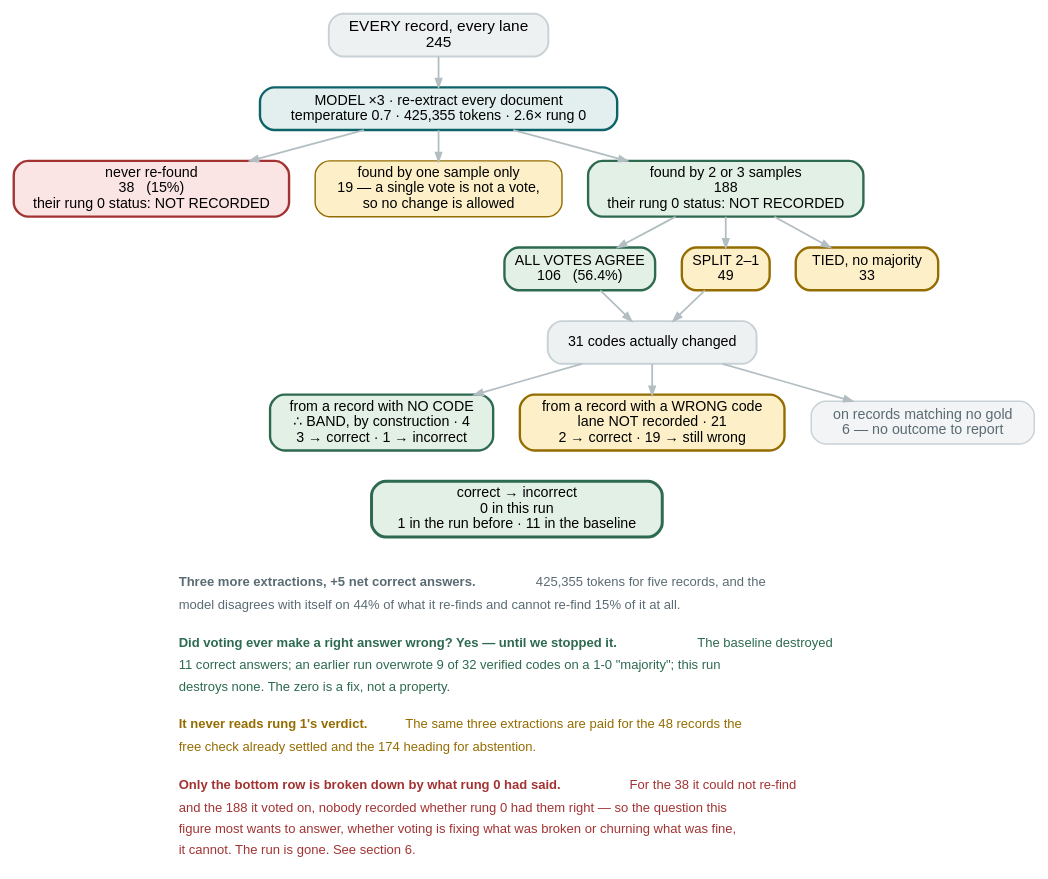
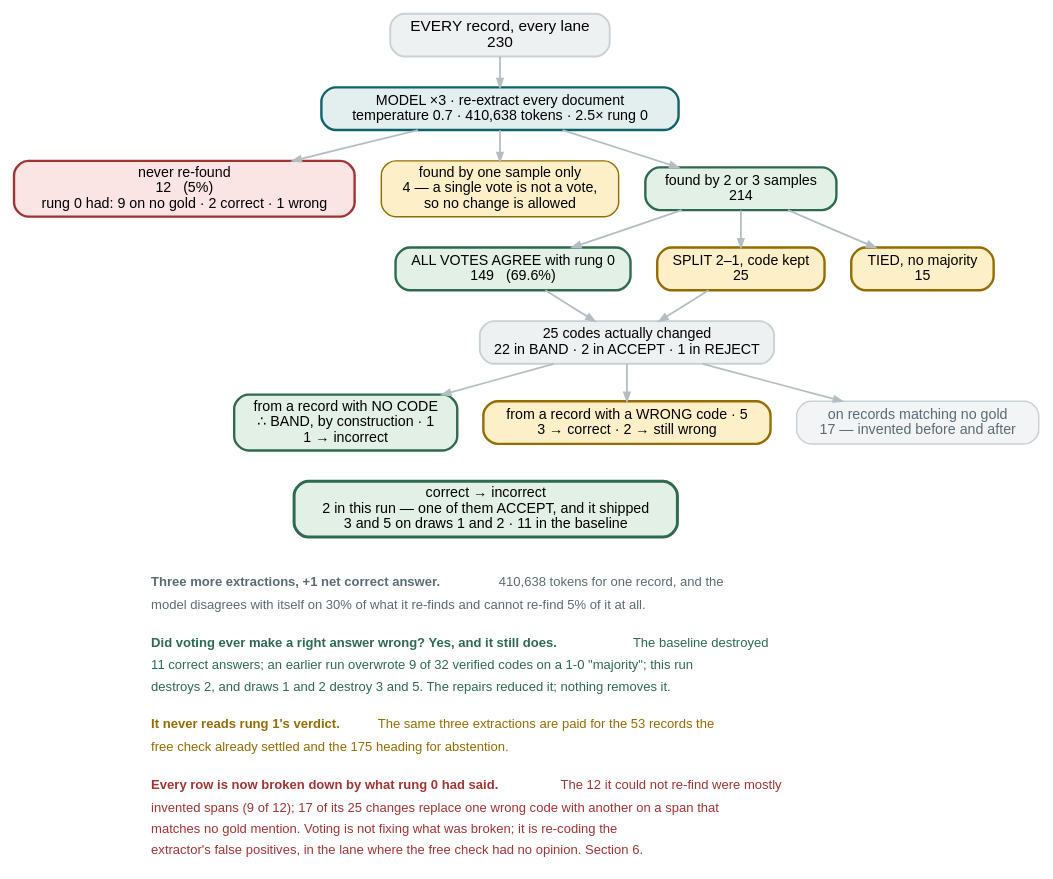
Before and after one commit to wbagais/reliability-ladder: the diagram in docs/figures/fig16-rung3.dot, drawn with Graphviz. The commit also changed 19 other files, not shown here.

Commit message:
Article: every number and every figure re-derived from the base run; remaining historical figures labelled with their source

```diff
--- a/docs/figures/fig16-rung3.dot
+++ b/docs/figures/fig16-rung3.dot
@@ -1,70 +1,67 @@
-// Rung 3 on CADEC dev, run phaseD-r3-2. Every figure here is from
-// docs/decisions.md 2026-08-26; no surviving run carries rung 3 output, so
-// nothing is recomputed and nothing is derived beyond arithmetic that closes:
-//   245 records, 38 never re-found -> 207 re-found -> 188 with >=2 votes,
-//   leaving 19 seen once only. Unanimity 56.4% = (3-0 x96 + 2-0 x10) / 188.
-//   Changes 31; net correct +5 (3+2 gained, 0 correct destroyed).
-//
-// WHAT THIS FIGURE CANNOT SHOW: the same breakdown per rung 1 lane. That
-// cross-tab was never recorded and the run is gone. See section 6.
+// Rung 3 on CADEC dev, rerun-cadec-d0 (2026-09-03), from the per-record state
+// table (ladder/analysis.r3_crosstab, out/rerun/cadec.json):
+//   230 records, 12 never re-found, 4 seen once, 214 with >=2 votes:
+//   149 agree with the record's code, 25 split 2-1 keeping it, 15 tied,
+//   25 changed (22 BAND, 2 ACCEPT, 1 REJECT). Net correct +1: 3 gained, 2 destroyed.
+// Draws 1 and 2: changed 28 / 27, net -1 / -1, destroyed 3 / 5.
 //
 // COLOUR KEY — the article's: green correct · red wrong or lost · grey a stage
 digraph rung3 {
   rankdir=TB; bgcolor="white"; nodesep=0.30; ranksep=0.36;
   node [shape=box style="filled,rounded" fontname="Helvetica" fontsize=12
         color="#c8d1d5" penwidth=1.2];
   edge [color="#b3bec3" penwidth=1.5 arrowsize=0.7 fontname="Helvetica" fontsize=10];
 
-  in [label="EVERY record, every lane\n245" fillcolor="#eef1f2" fontsize=13 penwidth=1.6];
-  s  [label="MODEL ×3 · re-extract every document\ntemperature 0.7 · 425,355 tokens · 2.6× rung 0"
+  in [label="EVERY record, every lane\n230" fillcolor="#eef1f2" fontsize=13 penwidth=1.6];
+  s  [label="MODEL ×3 · re-extract every document\ntemperature 0.7 · 410,638 tokens · 2.5× rung 0"
       fillcolor="#e3eeef" color="#0c6469" penwidth=2];
 
-  nf [label="never re-found\n38   (15%)\ntheir rung 0 status: NOT RECORDED" fillcolor="#fbe4e4" color="#a33333" penwidth=2];
-  one[label="found by one sample only\n19 — a single vote is not a vote,\nso no change is allowed"
+  nf [label="never re-found\n12   (5%)\nrung 0 had: 9 on no gold · 2 correct · 1 wrong" fillcolor="#fbe4e4" color="#a33333" penwidth=2];
+  one[label="found by one sample only\n4 — a single vote is not a vote,\nso no change is allowed"
       fillcolor="#fdf0c8" color="#946c00"];
-  two[label="found by 2 or 3 samples\n188\ntheir rung 0 status: NOT RECORDED" fillcolor="#e3f0e6" color="#2d6a4f" penwidth=2];
+  two[label="found by 2 or 3 samples\n214" fillcolor="#e3f0e6" color="#2d6a4f" penwidth=2];
 
-  un [label="ALL VOTES AGREE\n106   (56.4%)" fillcolor="#e3f0e6" color="#2d6a4f" penwidth=2];
-  sp [label="SPLIT 2–1\n49" fillcolor="#fdf0c8" color="#946c00" penwidth=2];
-  ti [label="TIED, no majority\n33" fillcolor="#fdf0c8" color="#946c00" penwidth=2];
+  un [label="ALL VOTES AGREE with rung 0\n149   (69.6%)" fillcolor="#e3f0e6" color="#2d6a4f" penwidth=2];
+  sp [label="SPLIT 2–1, code kept\n25" fillcolor="#fdf0c8" color="#946c00" penwidth=2];
+  ti [label="TIED, no majority\n15" fillcolor="#fdf0c8" color="#946c00" penwidth=2];
 
-  ch [label="31 codes actually changed" fillcolor="#eef1f2" penwidth=1.6];
+  ch [label="25 codes actually changed\n22 in BAND · 2 in ACCEPT · 1 in REJECT" fillcolor="#eef1f2" penwidth=1.6];
 
-  band [label="from a record with NO CODE\n∴ BAND, by construction · 4\n3 → correct · 1 → incorrect"
+  band [label="from a record with NO CODE\n∴ BAND, by construction · 1\n1 → incorrect"
         fillcolor="#e3f0e6" color="#2d6a4f" penwidth=2];
-  unk  [label="from a record with a WRONG code\nlane NOT recorded · 21\n2 → correct · 19 → still wrong"
+  unk  [label="from a record with a WRONG code · 5\n3 → correct · 2 → still wrong"
         fillcolor="#fdf0c8" color="#946c00" penwidth=2];
-  nog  [label="on records matching no gold\n6 — no outcome to report"
+  nog  [label="on records matching no gold\n17 — invented before and after"
         fillcolor="#f2f4f5" fontcolor="#5a6b73"];
 
-  safe [label="correct → incorrect\n0 in this run\n1 in the run before · 11 in the baseline"
+  safe [label="correct → incorrect\n2 in this run — one of them ACCEPT, and it shipped\n3 and 5 on draws 1 and 2 · 11 in the baseline"
         fillcolor="#e3f0e6" color="#2d6a4f" penwidth=2.5];
 
   in -> s; s -> nf; s -> one; s -> two;
   two -> un; two -> sp; two -> ti;
   un -> ch; sp -> ch;
   ch -> band; ch -> unk; ch -> nog;
   band -> safe [style=invis]; unk -> safe [style=invis];
   { rank=same; nf; one; two }
   { rank=same; un; sp; ti }
   { rank=same; band; unk; nog }
 
   note [shape=plaintext style="" fillcolor="white"
         label=<<TABLE BORDER="0" CELLBORDER="0" CELLSPACING="0" CELLPADDING="3">
-        <TR><TD ALIGN="LEFT"><FONT POINT-SIZE="11" COLOR="#5a6b73"><B>Three more extractions, +5 net correct answers.</B> 425,355 tokens for five records, and the</FONT></TD></TR>
-        <TR><TD ALIGN="LEFT"><FONT POINT-SIZE="11" COLOR="#5a6b73">model disagrees with itself on 44% of what it re-finds and cannot re-find 15% of it at all.</FONT></TD></TR>
+        <TR><TD ALIGN="LEFT"><FONT POINT-SIZE="11" COLOR="#5a6b73"><B>Three more extractions, +1 net correct answer.</B> 410,638 tokens for one record, and the</FONT></TD></TR>
+        <TR><TD ALIGN="LEFT"><FONT POINT-SIZE="11" COLOR="#5a6b73">model disagrees with itself on 30% of what it re-finds and cannot re-find 5% of it at all.</FONT></TD></TR>
         <TR><TD ALIGN="LEFT"><FONT POINT-SIZE="8"> </FONT></TD></TR>
-        <TR><TD ALIGN="LEFT"><FONT POINT-SIZE="11" COLOR="#2d6a4f"><B>Did voting ever make a right answer wrong? Yes — until we stopped it.</B> The baseline destroyed</FONT></TD></TR>
+        <TR><TD ALIGN="LEFT"><FONT POINT-SIZE="11" COLOR="#2d6a4f"><B>Did voting ever make a right answer wrong? Yes, and it still does.</B> The baseline destroyed</FONT></TD></TR>
         <TR><TD ALIGN="LEFT"><FONT POINT-SIZE="11" COLOR="#2d6a4f">11 correct answers; an earlier run overwrote 9 of 32 verified codes on a 1-0 "majority"; this run</FONT></TD></TR>
-        <TR><TD ALIGN="LEFT"><FONT POINT-SIZE="11" COLOR="#2d6a4f">destroys none. The zero is a fix, not a property.</FONT></TD></TR>
+        <TR><TD ALIGN="LEFT"><FONT POINT-SIZE="11" COLOR="#2d6a4f">destroys 2, and draws 1 and 2 destroy 3 and 5. The repairs reduced it; nothing removes it.</FONT></TD></TR>
         <TR><TD ALIGN="LEFT"><FONT POINT-SIZE="8"> </FONT></TD></TR>
-        <TR><TD ALIGN="LEFT"><FONT POINT-SIZE="11" COLOR="#946c00"><B>It never reads rung 1's verdict.</B> The same three extractions are paid for the 48 records the</FONT></TD></TR>
-        <TR><TD ALIGN="LEFT"><FONT POINT-SIZE="11" COLOR="#946c00">free check already settled and the 174 heading for abstention.</FONT></TD></TR>
+        <TR><TD ALIGN="LEFT"><FONT POINT-SIZE="11" COLOR="#946c00"><B>It never reads rung 1's verdict.</B> The same three extractions are paid for the 53 records the</FONT></TD></TR>
+        <TR><TD ALIGN="LEFT"><FONT POINT-SIZE="11" COLOR="#946c00">free check already settled and the 175 heading for abstention.</FONT></TD></TR>
         <TR><TD ALIGN="LEFT"><FONT POINT-SIZE="8"> </FONT></TD></TR>
-        <TR><TD ALIGN="LEFT"><FONT POINT-SIZE="11" COLOR="#a33333"><B>Only the bottom row is broken down by what rung 0 had said.</B> For the 38 it could not re-find</FONT></TD></TR>
-        <TR><TD ALIGN="LEFT"><FONT POINT-SIZE="11" COLOR="#a33333">and the 188 it voted on, nobody recorded whether rung 0 had them right — so the question this</FONT></TD></TR>
-        <TR><TD ALIGN="LEFT"><FONT POINT-SIZE="11" COLOR="#a33333">figure most wants to answer, whether voting is fixing what was broken or churning what was fine,</FONT></TD></TR>
-        <TR><TD ALIGN="LEFT"><FONT POINT-SIZE="11" COLOR="#a33333">it cannot. The run is gone. See section 6.</FONT></TD></TR>
+        <TR><TD ALIGN="LEFT"><FONT POINT-SIZE="11" COLOR="#a33333"><B>Every row is now broken down by what rung 0 had said.</B> The 12 it could not re-find were mostly</FONT></TD></TR>
+        <TR><TD ALIGN="LEFT"><FONT POINT-SIZE="11" COLOR="#a33333">invented spans (9 of 12); 17 of its 25 changes replace one wrong code with another on a span that</FONT></TD></TR>
+        <TR><TD ALIGN="LEFT"><FONT POINT-SIZE="11" COLOR="#a33333">matches no gold mention. Voting is not fixing what was broken; it is re-coding the</FONT></TD></TR>
+        <TR><TD ALIGN="LEFT"><FONT POINT-SIZE="11" COLOR="#a33333">extractor's false positives, in the lane where the free check had no opinion. Section 6.</FONT></TD></TR>
         </TABLE>>];
   safe -> note [style=invis];
 }
```
